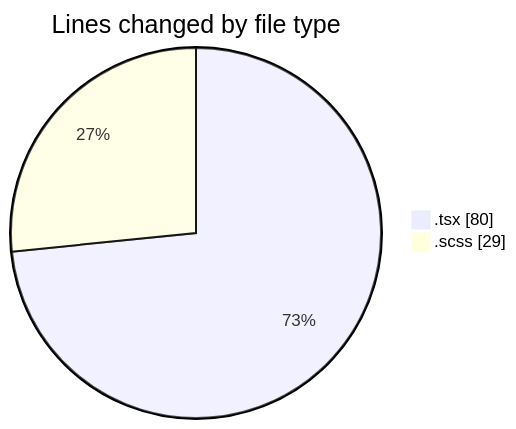
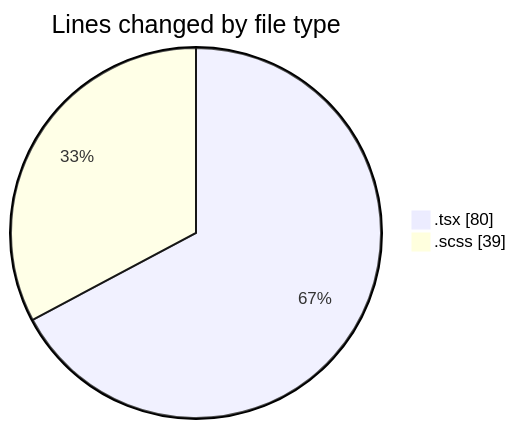
Before and after one commit to momahboobian/code-tracking: the first of 2 diagrams in 2026-04-16/cda/README.md, drawn with Mermaid. The commit also changed other lines of this file and 1 other file, not shown here.

````diff
--- a/2026-04-16/cda/README.md
+++ b/2026-04-16/cda/README.md
@@ -22,6 +22,6 @@
 ```mermaid
 pie showData
 title Lines changed by file type
 ".tsx" : 80
-".scss" : 29
+".scss" : 39
 ```
````
